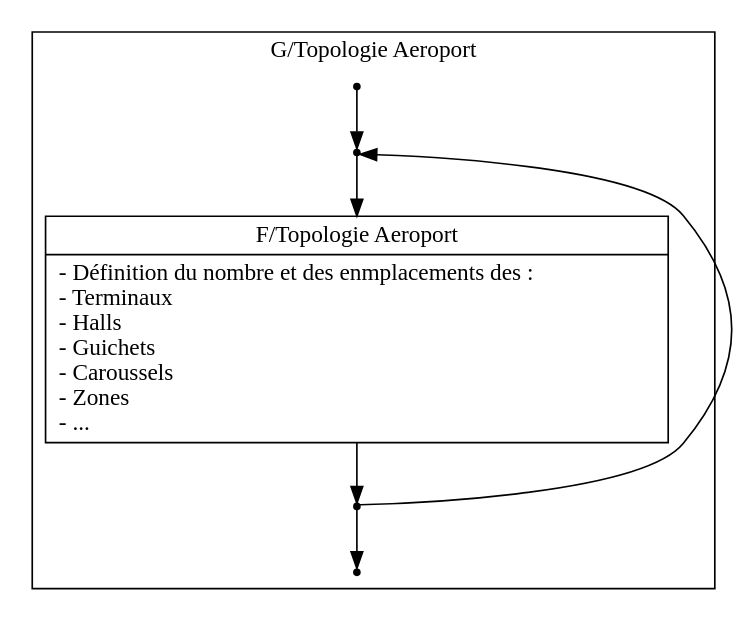
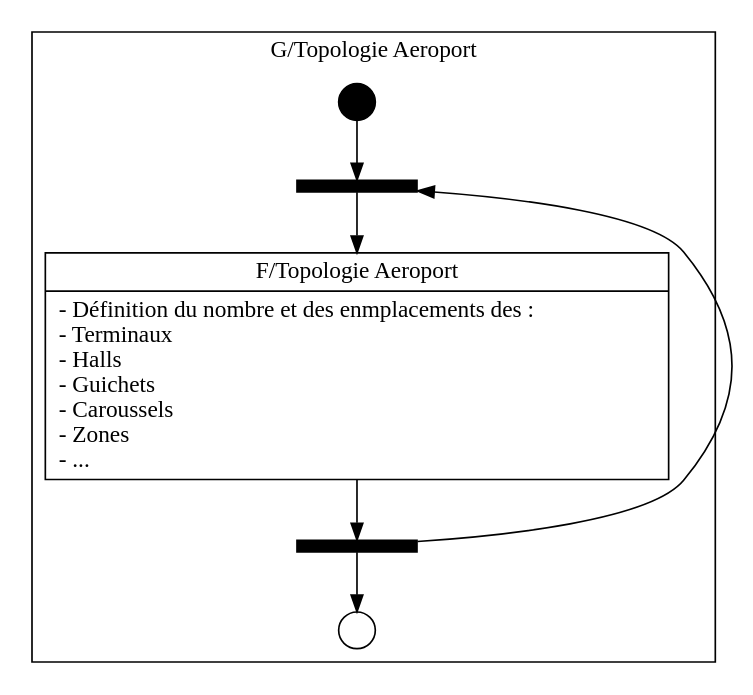
The diagram in DEF/src/img/TopologieAeroport.dot (modSquad/ihm), drawn with Graphviz before and after one commit. The commit also changed 9 other files, not shown here.

```diff
--- a/DEF/src/img/TopologieAeroport.dot
+++ b/DEF/src/img/TopologieAeroport.dot
@@ -1,46 +1,66 @@
 digraph {
 	
 	fontname = "Bitstream Vera Sans"
 	
 	node [
 		fontname = "Bitstream Vera Sans"
 		shape = "record"
 	]
 	
 	edge [
 		fontname = "Bitstream Vera Sans"
 	]
 
 	subgraph clusterTopologieAeroport {
 		label = "G/Topologie Aeroport"
 		
 		begin [
-			shape = "point"
+			label = ""
+			shape = circle
+			style = filled
+			fillcolor = "#000000"
+			fixedsize = true
+			width = 0.3
 		]
 
 		end [
-			shape = "point"
+			label = ""
+			shape = circle
+			fixedsize = true
+			width = 0.3
 		]
 				
 		up [
-			shape = "point"
+			label = ""
+			shape = rectangle
+			style = filled
+			fillcolor = "#000000"
+			fixedsize = true
+			width = 1
+			height = 0.1
 		]
 	
 		down [
-			shape = "point"
+			label = ""
+			shape = rectangle
+			style = filled
+			fillcolor = "#000000"
+			fixedsize = true
+			width = 1
+			height = 0.1
 		]
 		
 		TopologieAeroport [
 			label = "{F/Topologie Aeroport|- Définition du nombre et des enmplacements des :\l	- Terminaux\l	- Halls\l	- Guichets\l	- Caroussels\l	- Zones\l	- ... \l}"
 		]
 		
 	}
 
 	begin -> up
 	
 	up -> TopologieAeroport -> down
 	
 	down -> up [ constraint = false ]
 	down -> end
 	
 }
```
